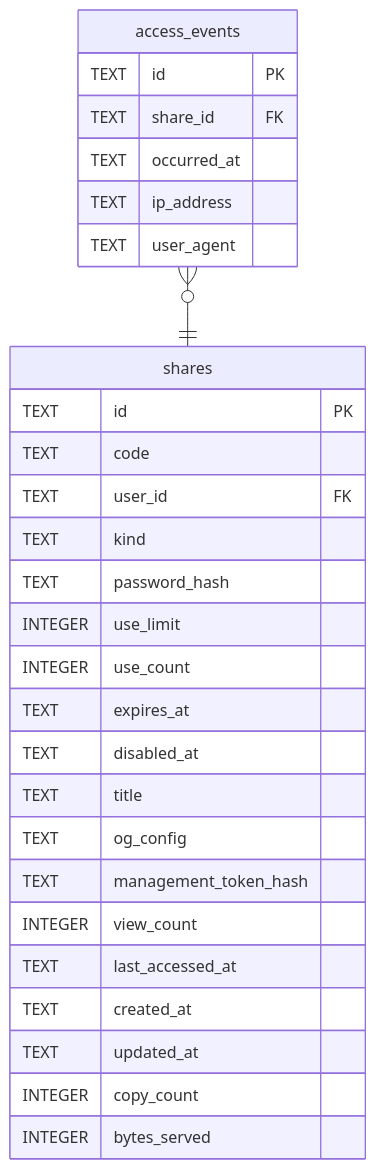
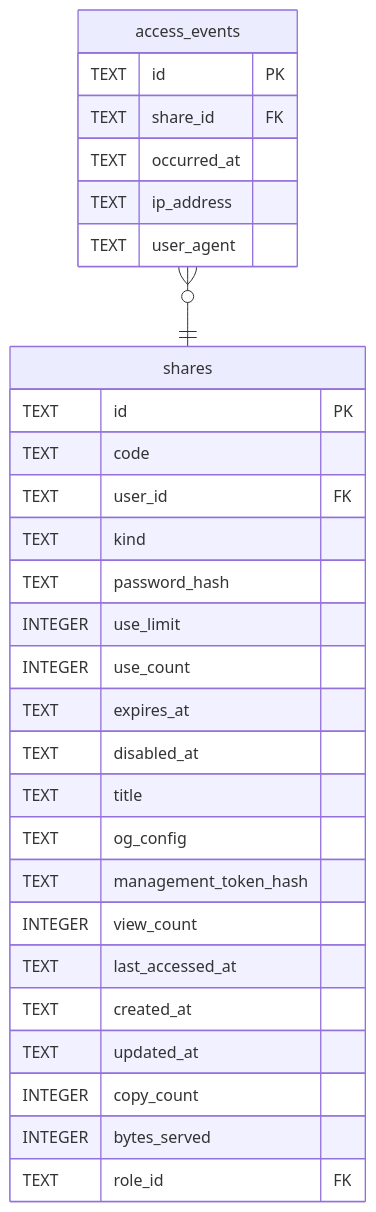
Before and after one commit to Limatura/tessera: the diagram in docs/schema/access_events.md, drawn with Mermaid. The commit also changed 21 other files, not shown here.

````diff
--- a/docs/schema/access_events.md
+++ b/docs/schema/access_events.md
@@ -51,33 +51,34 @@
 ```mermaid
 erDiagram
 
 "access_events" }o--|| "shares" : ""
 
 "access_events" {
   TEXT id PK
   TEXT share_id FK
   TEXT occurred_at
   TEXT ip_address
   TEXT user_agent
 }
 "shares" {
   TEXT id PK
   TEXT code
   TEXT user_id FK
   TEXT kind
   TEXT password_hash
   INTEGER use_limit
   INTEGER use_count
   TEXT expires_at
   TEXT disabled_at
   TEXT title
   TEXT og_config
   TEXT management_token_hash
   INTEGER view_count
   TEXT last_accessed_at
   TEXT created_at
   TEXT updated_at
   INTEGER copy_count
   INTEGER bytes_served
+  TEXT role_id FK
 }
 ```
````
